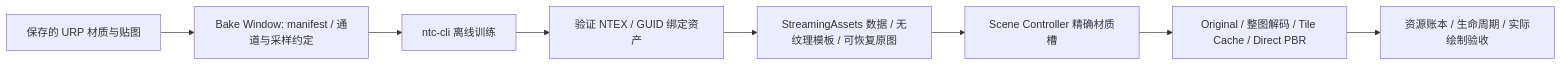
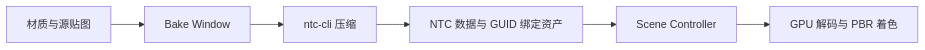
One commit to kiiye9697/NTCinUnity changed the diagram in README.md. Above: the diagram before and after it, drawn with Mermaid. The commit also changed other lines of this file and 23 other files, not shown here.

````diff
--- a/README.md
+++ b/README.md
@@ -15,10 +19,8 @@
 ```mermaid
 flowchart LR
-    A[保存的 URP 材质与贴图] --> B[Bake Window: manifest / 通道与采样约定]
-    B --> C[ntc-cli 离线训练]
-    C --> D[验证 NTEX / GUID 绑定资产]
-    D --> E[StreamingAssets 数据 / 无纹理模板 / 可恢复原图]
-    E --> F[Scene Controller 精确材质槽]
-    F --> G[Original / 整图解码 / Tile Cache / Direct PBR]
-    G --> H[资源账本 / 生命周期 / 实际绘制验收]
+    A[材质与源贴图] --> B[Bake Window]
+    B --> C[ntc-cli 压缩]
+    C --> D[NTC 数据与 GUID 绑定资产]
+    D --> E[Scene Controller]
+    E --> F[GPU 解码与 PBR 着色]
 ```
````
